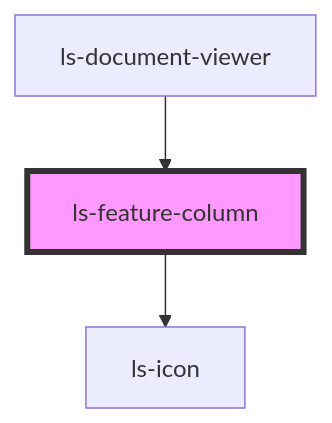
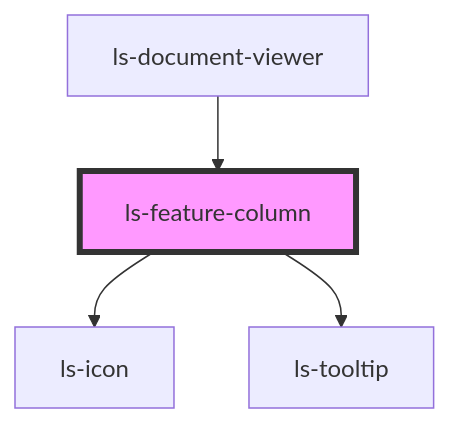
The diagram in src/components/ls-feature-column/readme.md (legalesign/ls-document-viewer), drawn with Mermaid before and after one commit. The commit also changed other lines of this file and 34 other files, not shown here.

````diff
--- a/src/components/ls-feature-column/readme.md
+++ b/src/components/ls-feature-column/readme.md
@@ -33,6 +34,7 @@
 ```mermaid
 graph TD;
   ls-feature-column --> ls-icon
+  ls-feature-column --> ls-tooltip
   ls-document-viewer --> ls-feature-column
   style ls-feature-column fill:#f9f,stroke:#333,stroke-width:4px
 ```
````
